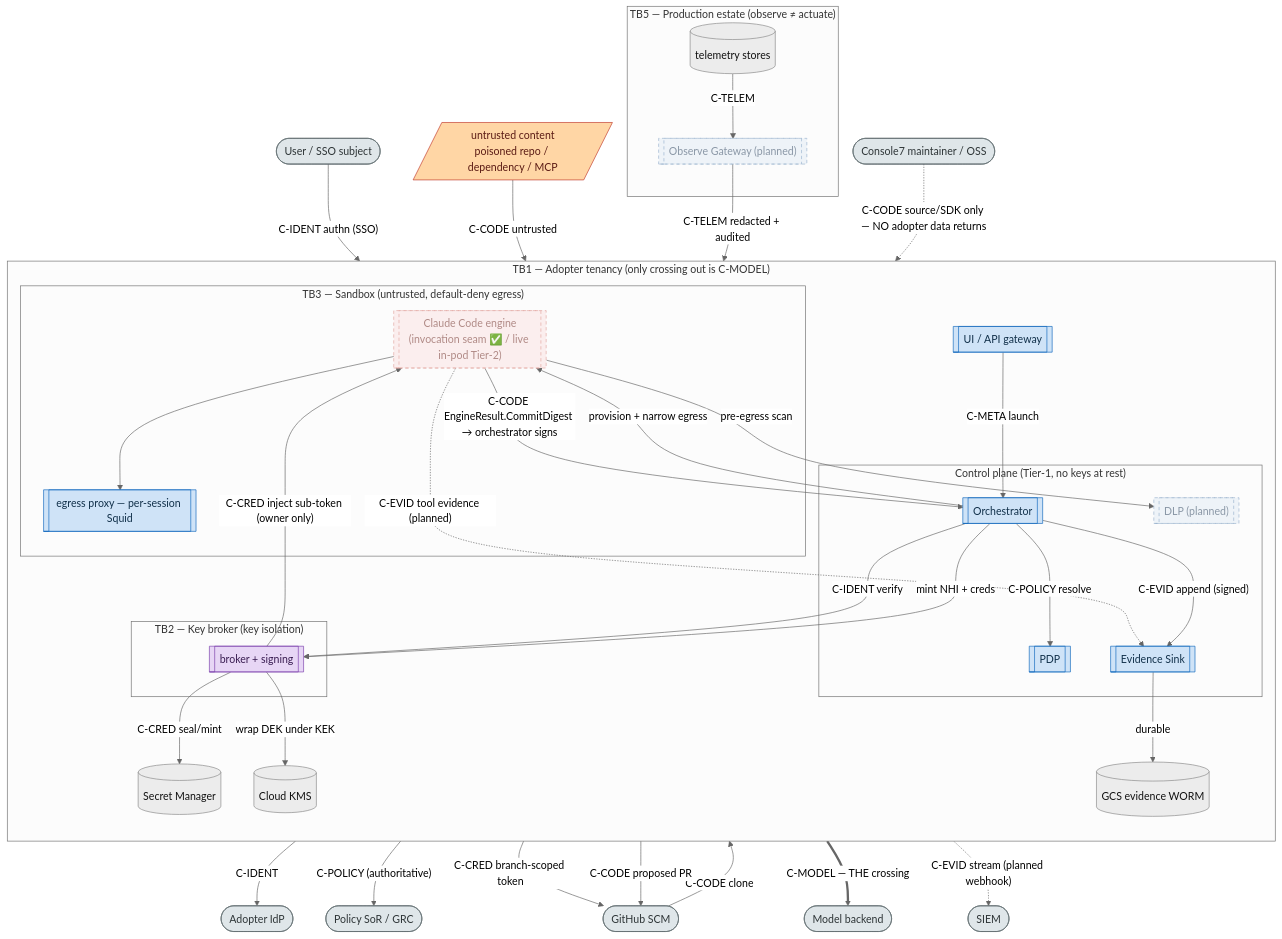
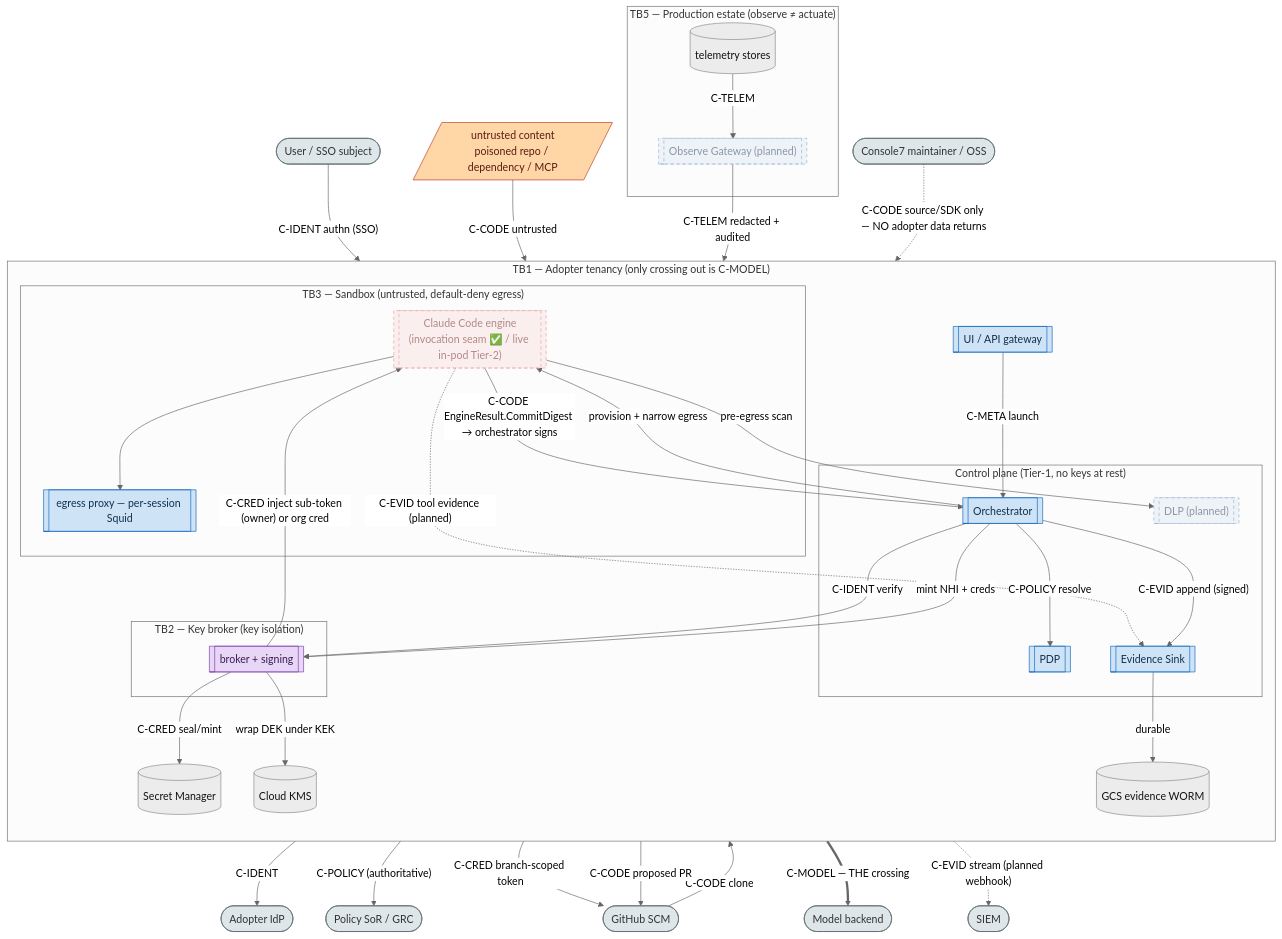
Before and after one commit to console7/console7: the diagram in docs/architecture/06-data-flow-trust-boundaries.md, drawn with Mermaid (neutral theme). The commit also changed other lines of this file and 18 other files, not shown here.

First line of the commit message:
feat(secrets): org-API credential delivery seam — InjectOrgCredential (B9b) (#62)

````diff
--- a/docs/architecture/06-data-flow-trust-boundaries.md
+++ b/docs/architecture/06-data-flow-trust-boundaries.md
@@ -26,80 +26,80 @@
 ```mermaid
 flowchart TB
   USER([User / SSO subject])
   UNTRUST[/"untrusted content<br/>poisoned repo / dependency / MCP"/]
   IDP([Adopter IdP])
   GH([GitHub SCM])
   SORX([Policy SoR / GRC])
   SIEMX([SIEM])
   MODEL([Model backend])
   MAINT([Console7 maintainer / OSS])
 
   subgraph TEN["TB1 — Adopter tenancy (only crossing out is C-MODEL)"]
     direction TB
     UI[["UI / API gateway"]]
     subgraph CPZ["Control plane (Tier-1, no keys at rest)"]
       ORC[["Orchestrator"]]
       PDPp[["PDP"]]
       EVp[["Evidence Sink"]]
       DLPp[["DLP (planned)"]]
     end
     subgraph KBZ["TB2 — Key broker (key isolation)"]
       BRKp[["broker + signing"]]
     end
     subgraph DPZ["TB3 — Sandbox (untrusted, default-deny egress)"]
       ENGp[["Claude Code engine<br/>(invocation seam ✅ #47; live in-pod Tier-2)"]]
       PRX[["egress proxy — per-session Squid"]]
     end
     SMs[("Secret Manager")]
     KMSs[("Cloud KMS")]
     EVs[("GCS evidence WORM")]
   end
 
   subgraph PROD["TB5 — Production estate (observe ≠ actuate)"]
     OGp[["Observe Gateway (planned)"]]
     TELs[("telemetry stores")]
   end
 
   USER -->|"C-IDENT authn (SSO)"| UI
   UI -->|"C-META launch"| ORC
   ORC -->|"C-IDENT verify"| BRKp
   BRKp -->|"C-IDENT"| IDP
   ORC -->|"C-POLICY resolve"| PDPp
   PDPp -->|"C-POLICY (authoritative)"| SORX
   ORC -->|"mint NHI + creds"| BRKp
   BRKp -->|"C-CRED seal/mint"| SMs
   BRKp -->|"wrap DEK under KEK"| KMSs
   BRKp -->|"C-CRED branch-scoped token"| GH
   ORC -->|"provision + narrow egress"| ENGp
-  BRKp -->|"C-CRED inject sub-token (owner only)"| ENGp
+  BRKp -->|"C-CRED inject sub-token (owner) or org cred"| ENGp
   UNTRUST -->|"C-CODE untrusted"| ENGp
   GH -->|"C-CODE clone"| ENGp
   ENGp --> PRX
   PRX ==>|"C-MODEL — THE crossing"| MODEL
   ENGp -->|"C-CODE proposed PR"| GH
   ENGp -->|"C-CODE EngineResult.CommitDigest &rarr; orchestrator signs"| ORC
   ENGp -.->|"C-EVID tool evidence (planned)"| EVp
   ENGp -->|"pre-egress scan"| DLPp
   ORC -->|"C-EVID append (signed)"| EVp
   EVp -->|"durable"| EVs
   EVp -.->|"C-EVID stream (planned webhook)"| SIEMX
   TELs -->|"C-TELEM"| OGp
   OGp -->|"C-TELEM redacted + audited"| ORC
   MAINT -.->|"C-CODE source/SDK only — NO adopter data returns"| TEN
 
   classDef proc fill:#cfe3f7,stroke:#1168bd,color:#11304a;
   classDef procPlan fill:#eef3f8,stroke:#9bb3cf,color:#8a97a6,stroke-dasharray:5 4;
   classDef broker fill:#e7d6f5,stroke:#7b3fab,color:#3a1d52;
   classDef dpPlan fill:#fbeeee,stroke:#e2a7a1,color:#b08a86,stroke-dasharray:5 4;
   classDef store fill:#ececec,stroke:#888,color:#111;
   classDef ext fill:#dfe6e9,stroke:#636e72,color:#2d3436;
   classDef danger fill:#ffd6a5,stroke:#c0392b,color:#5b1b14;
   %% faded + dashed = target state (not yet coded & landed); solid = implemented & landed
   class UI,ORC,PDPp,EVp,PRX proc;
   class DLPp,OGp procPlan;
   class BRKp broker;
   class ENGp dpPlan;
   class SMs,KMSs,EVs,TELs store;
   class USER,IDP,GH,SORX,SIEMX,MODEL,MAINT ext;
   class UNTRUST danger;
 ```
````
